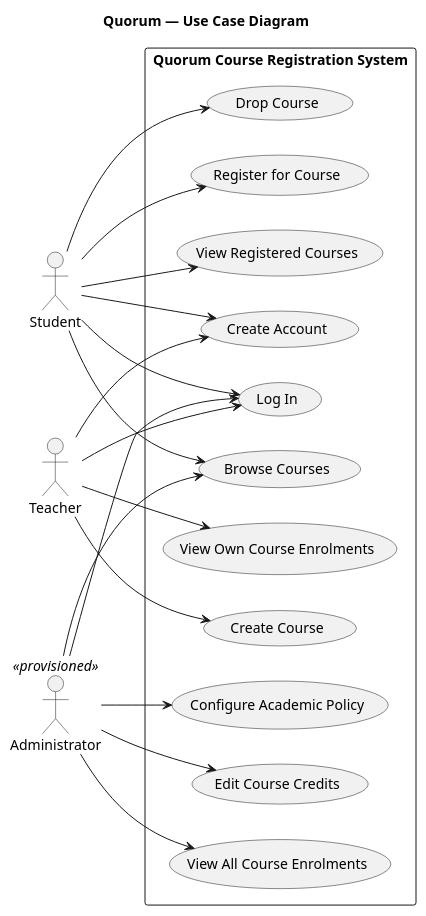
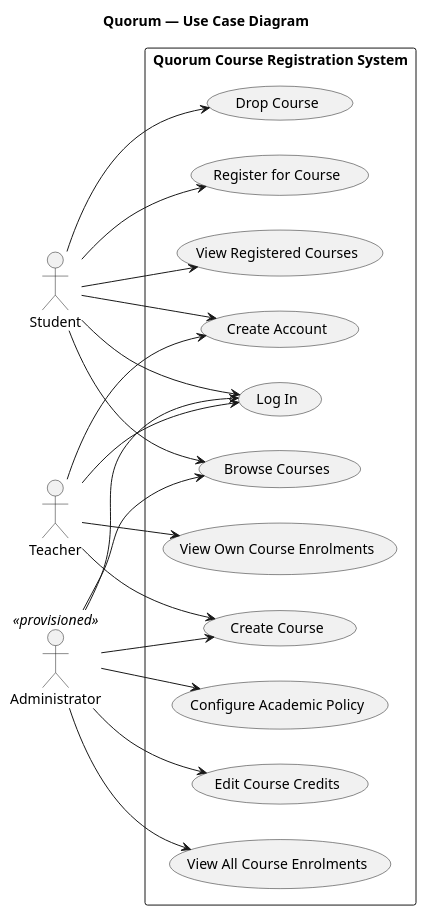
One commit to serenebliss0/quorum changed the diagram in docs/design/uc-use-case.puml. Above: the diagram before and after it, drawn with PlantUML. The commit also changed 3 other files, not shown here.

```diff
--- a/docs/design/uc-use-case.puml
+++ b/docs/design/uc-use-case.puml
@@ -1,41 +1,42 @@
 @startuml
 title Quorum — Use Case Diagram
 left to right direction
 skinparam packageStyle rectangle
 
 actor Student
 actor Teacher
 actor Administrator <<provisioned>>
 
 rectangle "Quorum Course Registration System" {
   usecase "Create Account" as UC_SignUp
   usecase "Log In" as UC_Login
   usecase "Browse Courses" as UC_Browse
   usecase "Register for Course" as UC_Register
   usecase "View Registered Courses" as UC_ViewReg
   usecase "Drop Course" as UC_Drop
   usecase "Create Course" as UC_CreateCourse
   usecase "View Own Course Enrolments" as UC_TeacherEnrol
   usecase "Edit Course Credits" as UC_EditCredits
   usecase "View All Course Enrolments" as UC_AdminEnrol
   usecase "Configure Academic Policy" as UC_Policy
 }
 
 Student --> UC_SignUp
 Student --> UC_Login
 Student --> UC_Browse
 Student --> UC_Register
 Student --> UC_ViewReg
 Student --> UC_Drop
 
 Teacher --> UC_SignUp
 Teacher --> UC_Login
 Teacher --> UC_CreateCourse
 Teacher --> UC_TeacherEnrol
 
 Administrator --> UC_Login
 Administrator --> UC_Browse
+Administrator --> UC_CreateCourse
 Administrator --> UC_EditCredits
 Administrator --> UC_AdminEnrol
 Administrator --> UC_Policy
 @enduml
```
